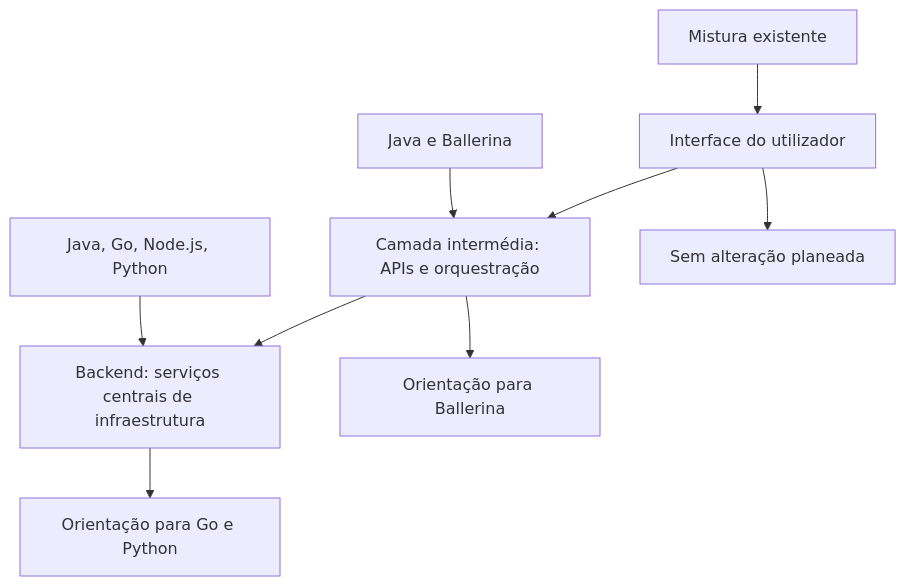
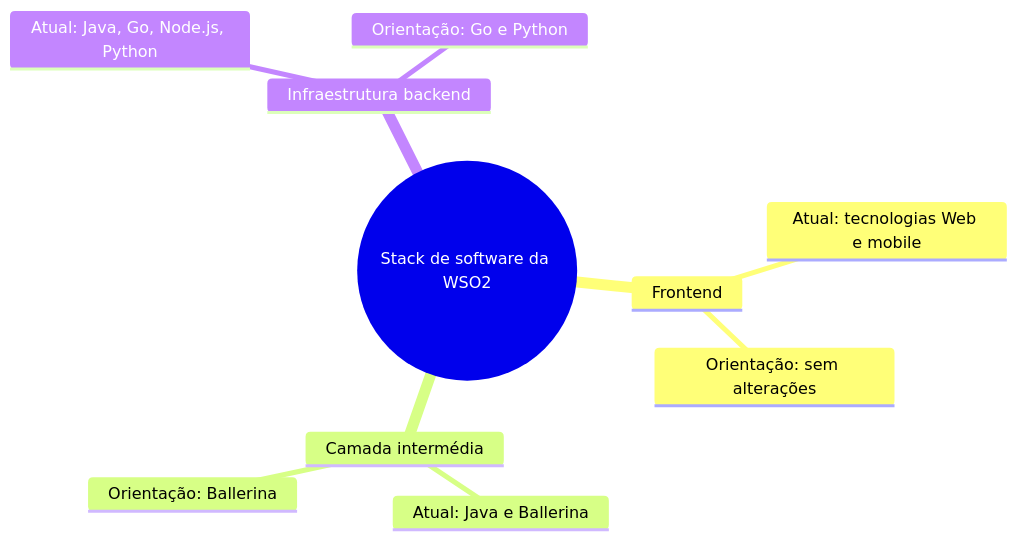
One commit to dyotamo/blog changed the first of 3 diagrams in content/pt/articles/your-language-is-special/index.md. Above: the diagram before and after it, drawn with Mermaid. The commit also changed other lines of this file and 26 other files, not shown here.

````diff
--- a/content/pt/articles/your-language-is-special/index.md
+++ b/content/pt/articles/your-language-is-special/index.md
@@ -40,11 +40,13 @@
 ```mermaid
-flowchart TD
-    A[Interface do utilizador] --> B[Camada intermédia: APIs e orquestração]
-    B --> C[Backend: serviços centrais de infraestrutura]
-    A1[Mistura existente] --> A
-    B1[Java e Ballerina] --> B
-    C1[Java, Go, Node.js, Python] --> C
-    A --> A2[Sem alteração planeada]
-    B --> B2[Orientação para Ballerina]
-    C --> C2[Orientação para Go e Python]
+mindmap
+  root((Stack de software da WSO2))
+    Frontend
+      Atual: tecnologias Web e mobile
+      Orientação: sem alterações
+    Camada intermédia
+      Atual: Java e Ballerina
+      Orientação: Ballerina
+    Infraestrutura backend
+      Atual: Java, Go, Node.js, Python
+      Orientação: Go e Python
 ```
````
